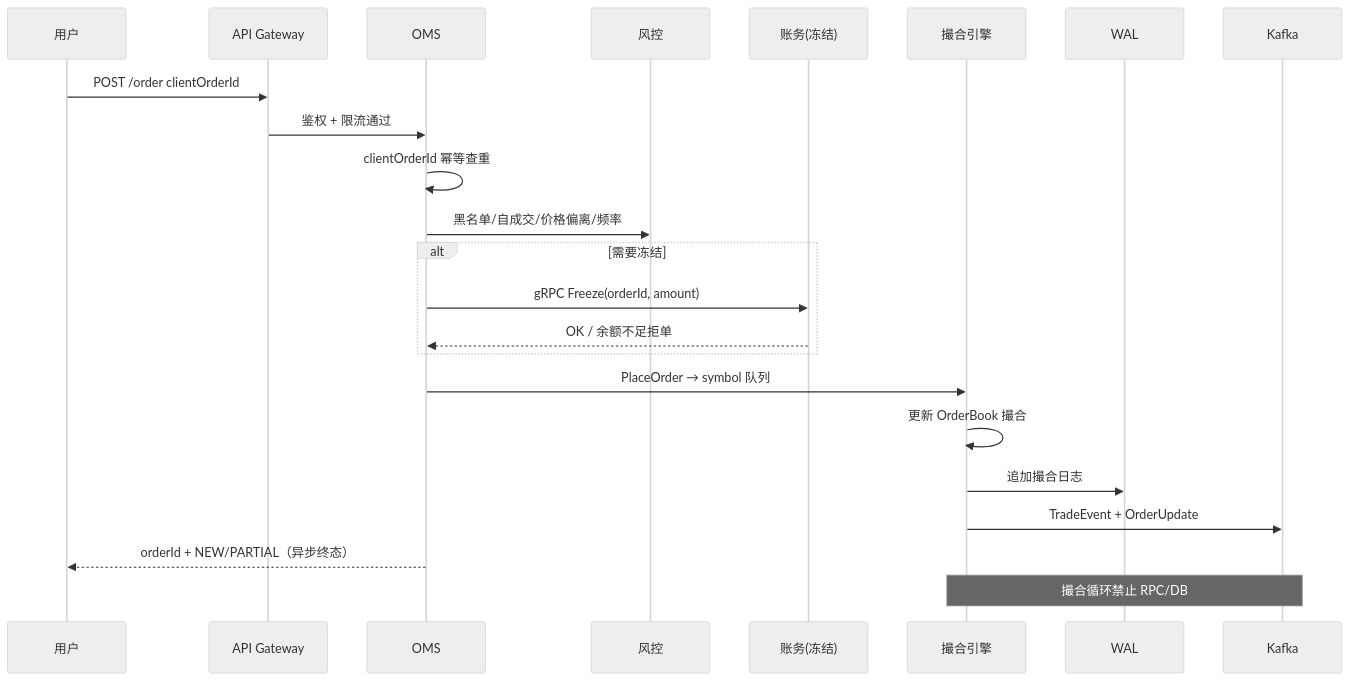
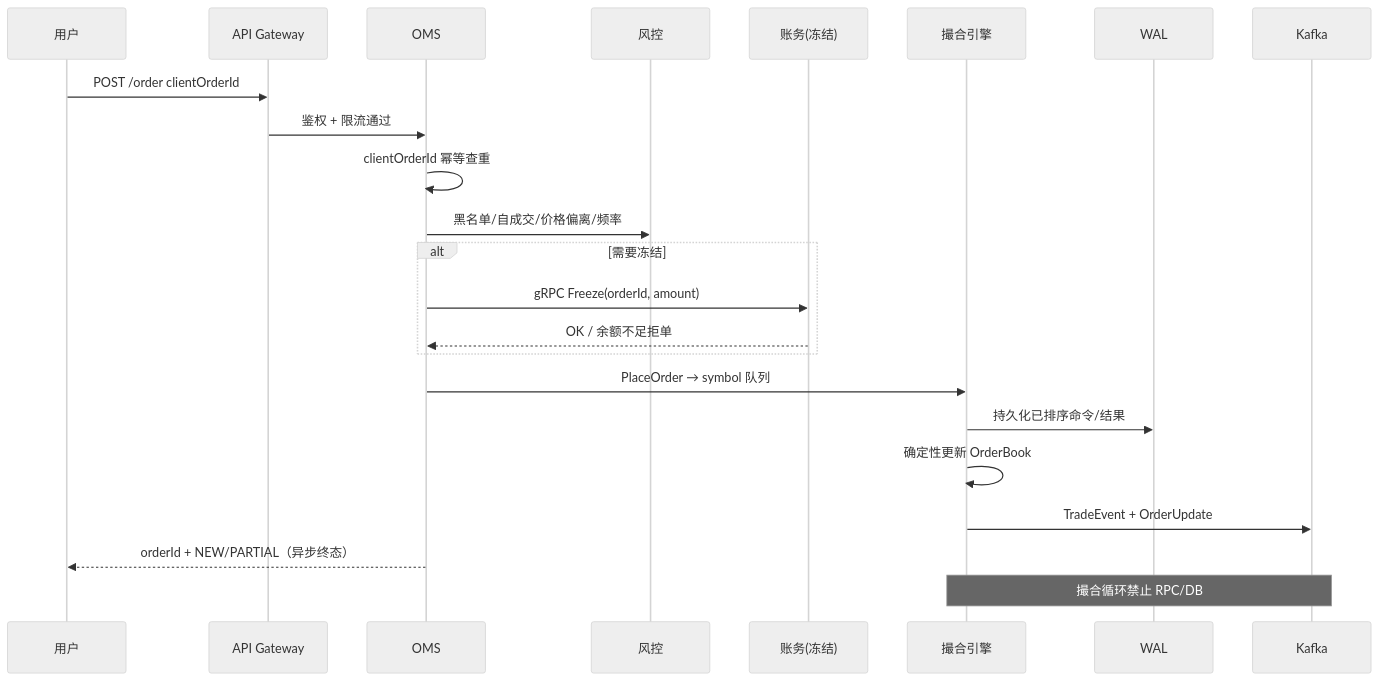
The second of 6 diagrams in docs/interview/14-dex-cex-engineering/S-EXCH-13-cex-end-to-end-architecture.md (twodog-tt/Golang-development-manual), drawn with Mermaid (neutral theme) before and after one commit. The commit also changed other lines of this file and 438 other files, not shown here.

````diff
--- a/docs/interview/14-dex-cex-engineering/S-EXCH-13-cex-end-to-end-architecture.md
+++ b/docs/interview/14-dex-cex-engineering/S-EXCH-13-cex-end-to-end-architecture.md
@@ -131,26 +136,26 @@
 ```mermaid
 sequenceDiagram
   participant U as 用户
   participant GW as API Gateway
   participant OMS as OMS
   participant Risk as 风控
   participant Ledger as 账务(冻结)
   participant ME as 撮合引擎
   participant WAL as WAL
   participant MQ as Kafka
 
   U->>GW: POST /order clientOrderId
   GW->>OMS: 鉴权 + 限流通过
   OMS->>OMS: clientOrderId 幂等查重
   OMS->>Risk: 黑名单/自成交/价格偏离/频率
   alt 需要冻结
     OMS->>Ledger: gRPC Freeze(orderId, amount)
     Ledger-->>OMS: OK / 余额不足拒单
   end
   OMS->>ME: PlaceOrder → symbol 队列
-  ME->>ME: 更新 OrderBook 撮合
-  ME->>WAL: 追加撮合日志
+  ME->>WAL: 持久化已排序命令/结果
+  ME->>ME: 确定性更新 OrderBook
   ME->>MQ: TradeEvent + OrderUpdate
   OMS-->>U: orderId + NEW/PARTIAL（异步终态）
   Note over ME,MQ: 撮合循环禁止 RPC/DB
 ```
````
